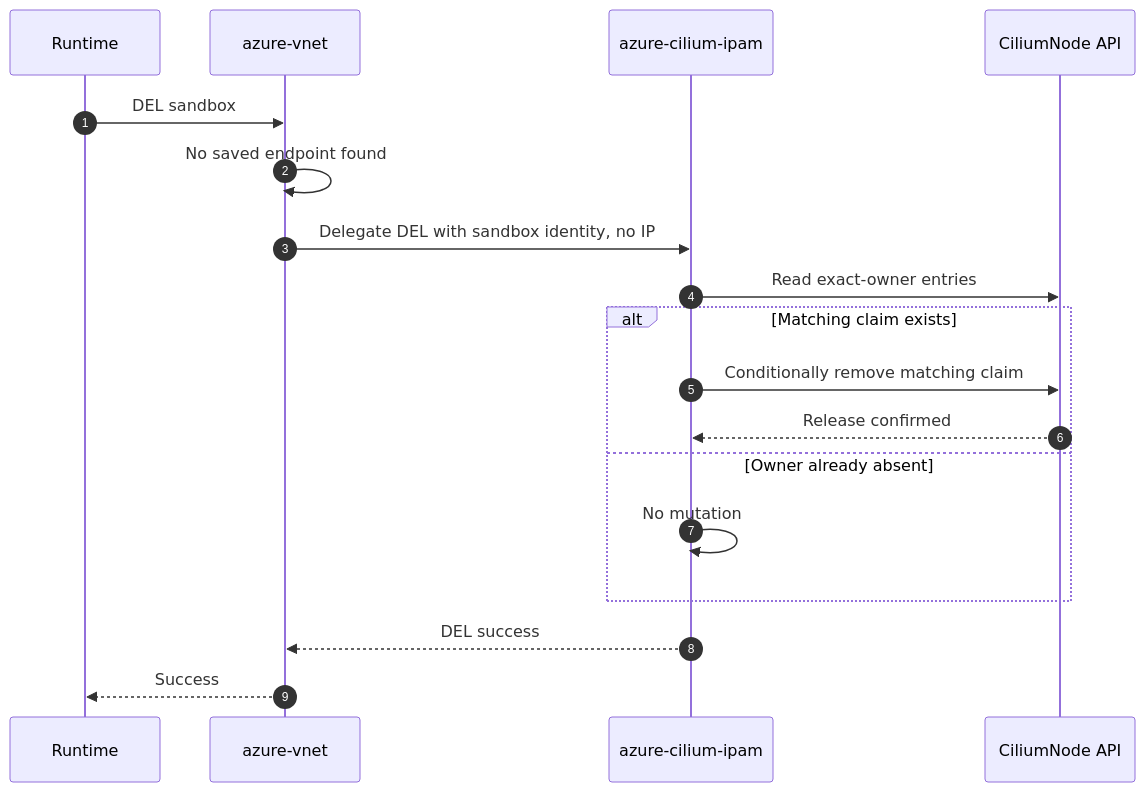
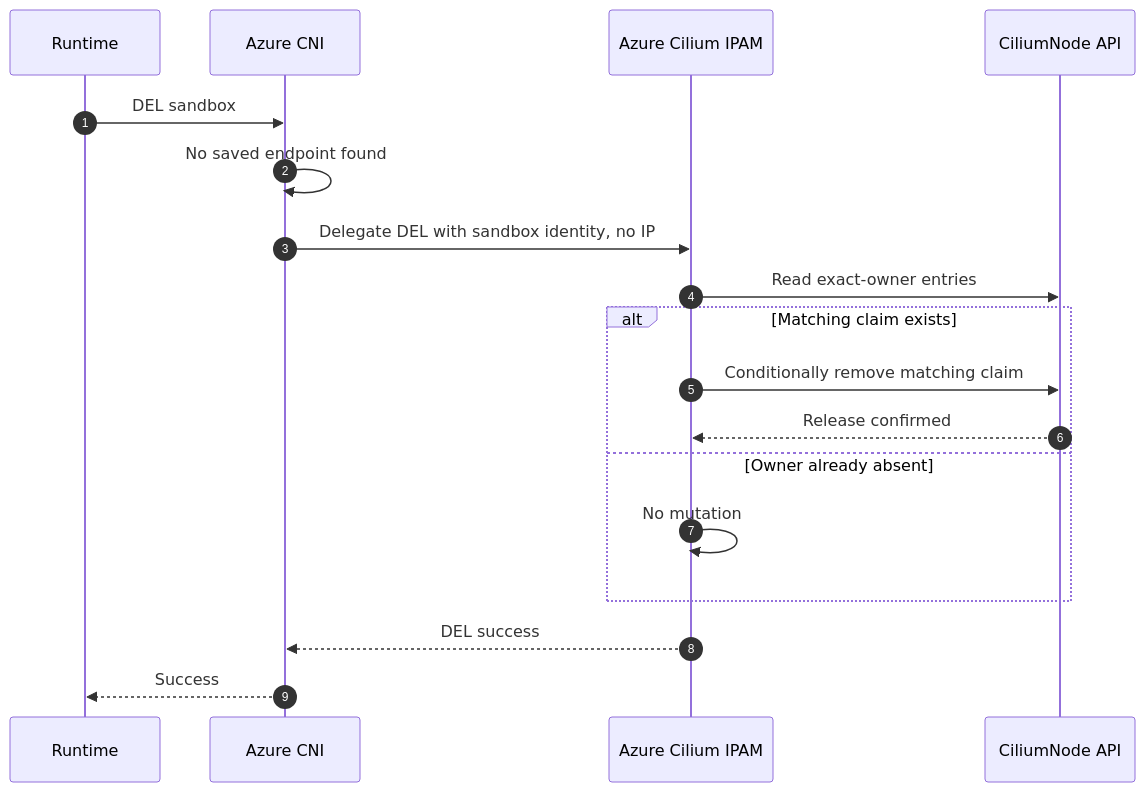
One commit to Azure/azure-container-networking changed the seventh of 9 diagrams in docs/cilium-operator-ipam.md. Above: the diagram before and after it, drawn with Mermaid. The commit also changed other lines of this file, not shown here.

First line of the commit message:
Use component names in IPAM design diagrams

````diff
--- a/docs/cilium-operator-ipam.md
+++ b/docs/cilium-operator-ipam.md
@@ -366,20 +370,20 @@
 ```mermaid
 sequenceDiagram
     autonumber
     participant R as Runtime
-    participant C as azure-vnet
-    participant I as azure-cilium-ipam
+    participant C as Azure CNI
+    participant I as Azure Cilium IPAM
     participant K as CiliumNode API
     R->>C: DEL sandbox
     C->>C: No saved endpoint found
     C->>I: Delegate DEL with sandbox identity, no IP
     I->>K: Read exact-owner entries
     alt Matching claim exists
         I->>K: Conditionally remove matching claim
         K-->>I: Release confirmed
     else Owner already absent
         I->>I: No mutation
     end
     I-->>C: DEL success
     C-->>R: Success
 ```
````
